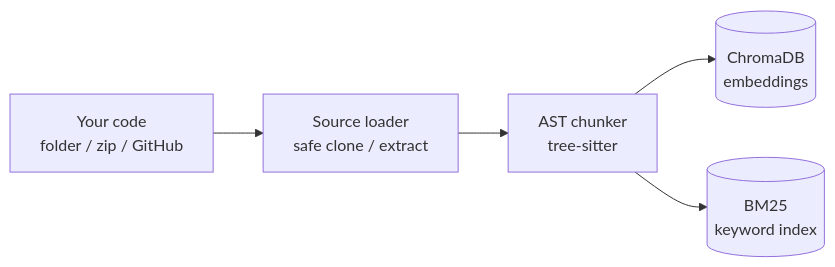
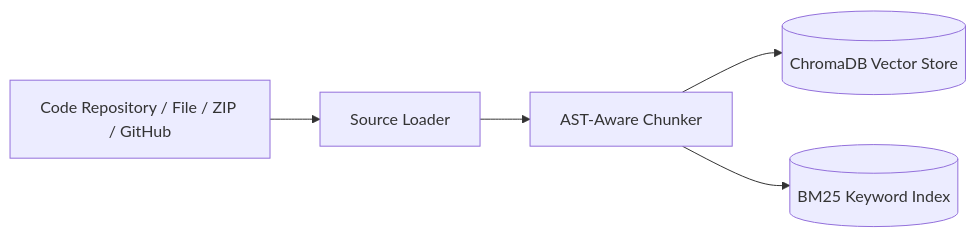
The first of 2 diagrams in README.md (gayatri21111/Repomind), drawn with Mermaid before and after one commit. The commit also changed other lines of this file, not shown here.

````diff
--- a/README.md
+++ b/README.md
@@ -26,7 +33,7 @@
 ```mermaid
 flowchart LR
-    A[Your code<br/>folder / zip / GitHub] --> B[Source loader<br/>safe clone / extract]
-    B --> C[AST chunker<br/>tree-sitter]
-    C --> D[(ChromaDB<br/>embeddings)]
-    C --> E[(BM25<br/>keyword index)]
+    A[Code Repository / File / ZIP / GitHub] --> B[Source Loader]
+    B --> C[AST-Aware Chunker]
+    C --> D[(ChromaDB Vector Store)]
+    C --> E[(BM25 Keyword Index)]
 ```
````
